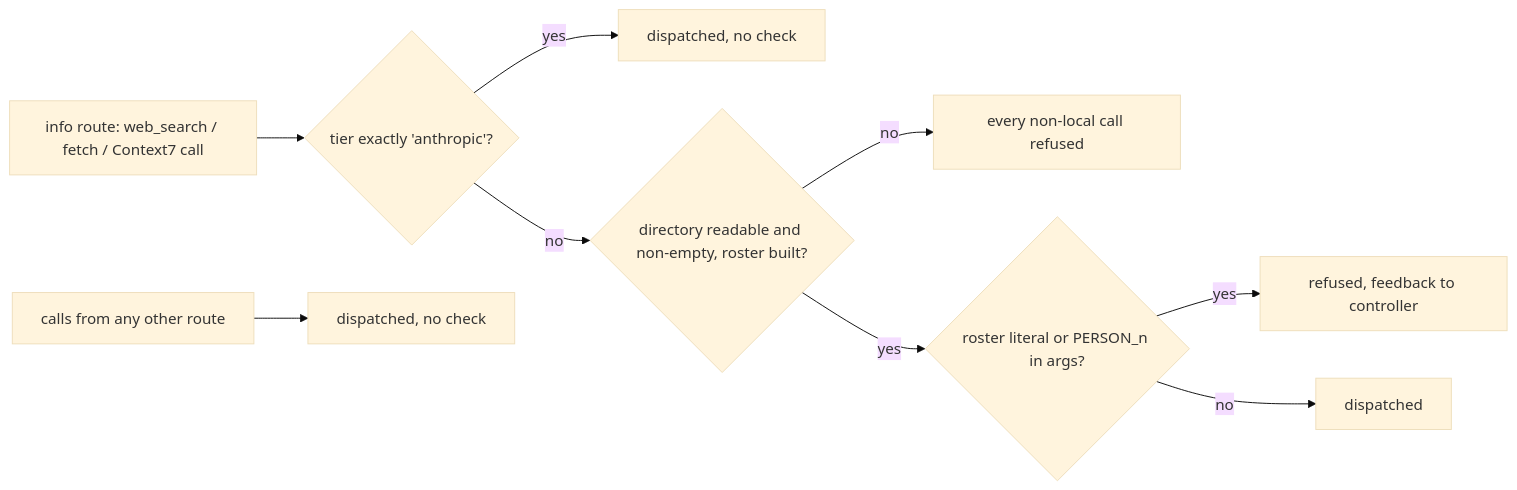
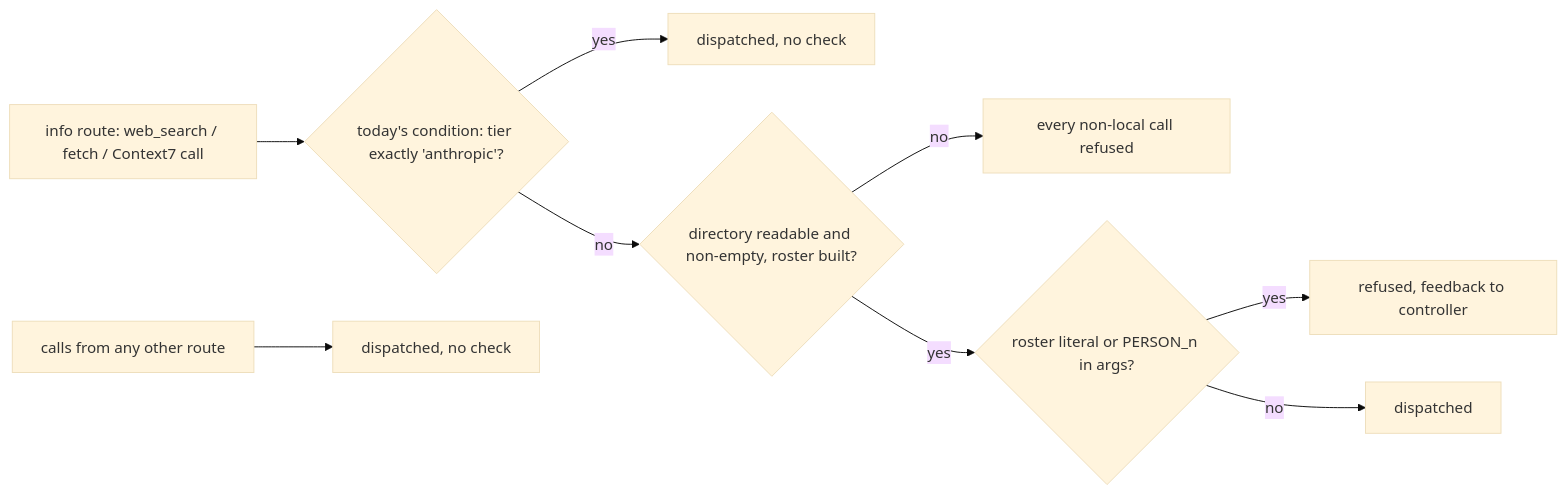
Before and after one commit to mknw/hames-playground: the second of 4 diagrams in docs/plan/boundary-guards.md, drawn with Mermaid (base theme). The commit also changed other lines of this file, not shown here.

````diff
--- a/docs/plan/boundary-guards.md
+++ b/docs/plan/boundary-guards.md
@@ -66,11 +66,11 @@
 ```mermaid
 flowchart LR
-  CALL["info route: web_search / fetch / Context7 call"] --> T{"tier exactly 'anthropic'?"}
+  CALL["info route: web_search / fetch / Context7 call"] --> T{"today's condition: tier exactly 'anthropic'?"}
   T -->|yes| GO1["dispatched, no check"]
   T -->|no| D{"directory readable and non-empty, roster built?"}
   D -->|no| NO["every non-local call refused"]
   D -->|yes| RX{"roster literal or PERSON_n in args?"}
   RX -->|yes| FB["refused, feedback to controller"]
   RX -->|no| GO2["dispatched"]
   OTHER["calls from any other route"] --> GO3["dispatched, no check"]
 ```
````
